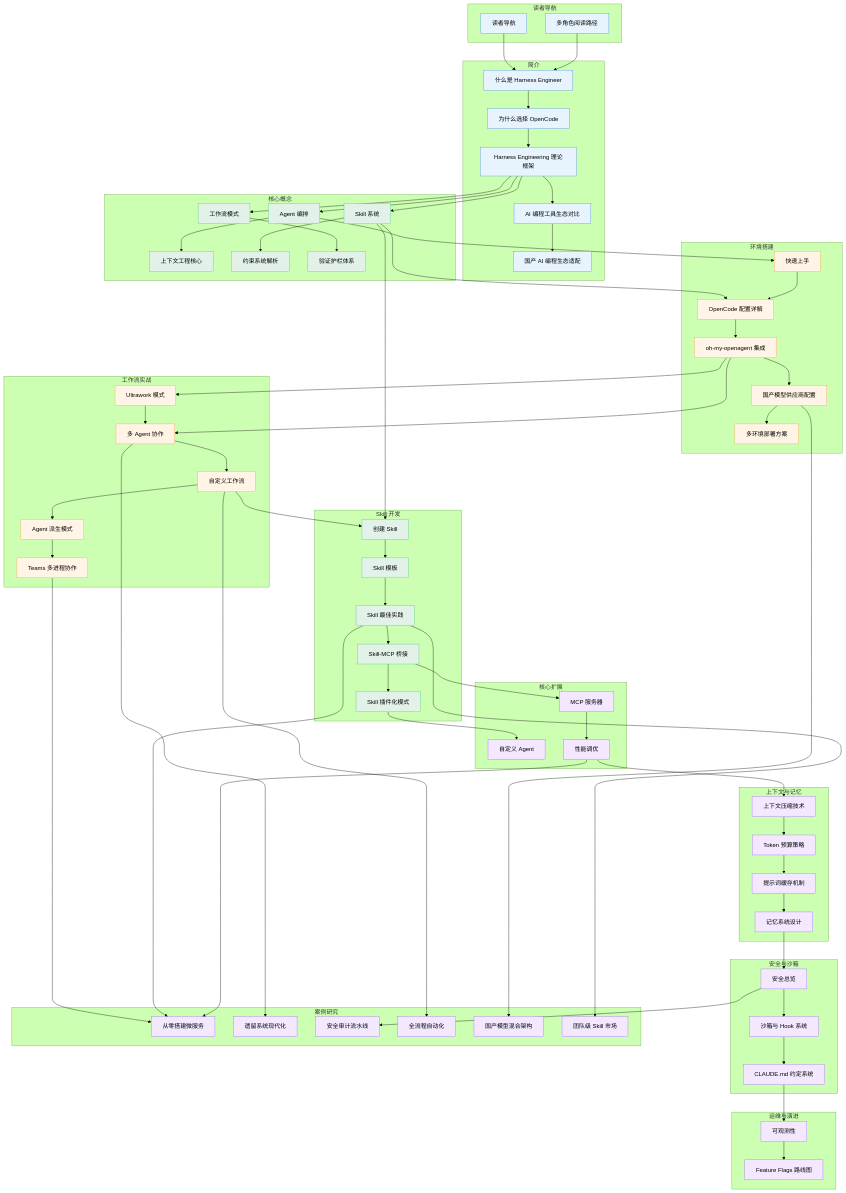
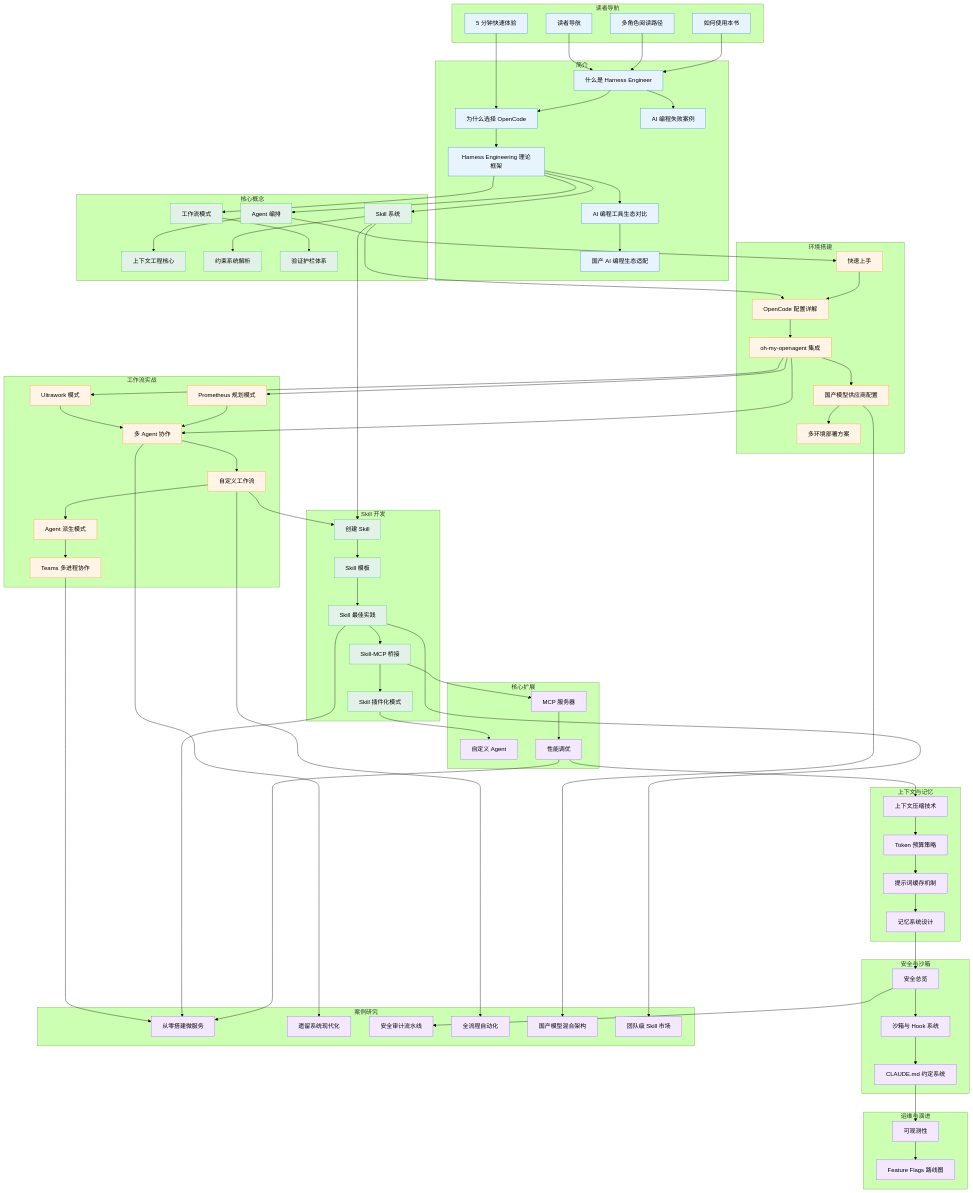
Before and after one commit to tonydeng/harness-engineering-from-oc-to-ai-coding: the second of 3 diagrams in src/00-guide/reading-paths.md, drawn with Mermaid (forest theme). The commit also changed other lines of this file and 81 other files, not shown here.

```diff
--- a/src/00-guide/reading-paths.md
+++ b/src/00-guide/reading-paths.md
@@ -225,6 +227,8 @@
     subgraph Ch0["读者导航"]
         G0_1["读者导航"]
         G0_2["多角色阅读路径"]
+        G0_3["如何使用本书"]
+        G0_4["5 分钟快速体验"]
     end
 
     subgraph Ch1["简介"]
@@ -233,6 +237,7 @@
         G1_3["Harness Engineering 理论框架"]
         G1_4["AI 编程工具生态对比"]
         G1_5["国产 AI 编程生态适配"]
+        G1_6["AI 编程失败案例"]
     end
 
     subgraph Ch2["核心概念"]
@@ -258,6 +263,7 @@
         G4_3["自定义工作流"]
         G4_4["Agent 派生模式"]
         G4_5["Teams 多进程协作"]
+        G4_6["Prometheus 规划模式"]
     end
 
     subgraph Ch5["Skill 开发"]
@@ -304,12 +310,15 @@
     %% 读者导航 -> 简介
     G0_1 --> G1_1
     G0_2 --> G1_1
+    G0_3 --> G1_1
+    G0_4 --> G1_2
 
     %% 简介 内部依赖
     G1_1 --> G1_2
     G1_2 --> G1_3
     G1_3 --> G1_4
     G1_4 --> G1_5
+    G1_1 --> G1_6
 
     %% 简介 -> 核心概念
     G1_3 --> G2_1
@@ -334,12 +343,14 @@
     %% 环境搭建 -> 工作流实战
     G3_3 --> G4_1
     G3_3 --> G4_2
+    G3_3 --> G4_6
 
     %% 工作流实战 内部依赖
     G4_1 --> G4_2
     G4_2 --> G4_3
     G4_3 --> G4_4
     G4_4 --> G4_5
+    G4_6 --> G4_2
 
     %% 核心概念 -> Skill 开发
     G2_2 --> G5_1
@@ -391,11 +402,11 @@
     classDef ch6 fill:#F3E8FF,stroke:#A66CFF
     classDef ch7 fill:#F3E8FF,stroke:#A66CFF
 
-    class G0_1,G0_2 ch0
-    class G1_1,G1_2,G1_3,G1_4,G1_5 ch1
+    class G0_1,G0_2,G0_3,G0_4 ch0
+    class G1_1,G1_2,G1_3,G1_4,G1_5,G1_6 ch1
     class G2_1,G2_2,G2_3,G2_4,G2_5,G2_6 ch2
     class G3_1,G3_2,G3_3,G3_4,G3_5 ch3
-    class G4_1,G4_2,G4_3,G4_4,G4_5 ch4
+    class G4_1,G4_2,G4_3,G4_4,G4_5,G4_6 ch4
     class G5_1,G5_2,G5_3,G5_4,G5_5 ch5
     class G6_1,G6_2,G6_3,G6_4,G6_5,G6_6,G6_7,G6_8,G6_9,G6_10,G6_11,G6_12 ch6
     class G7_1,G7_2,G7_3,G7_4,G7_5,G7_6 ch7
```
